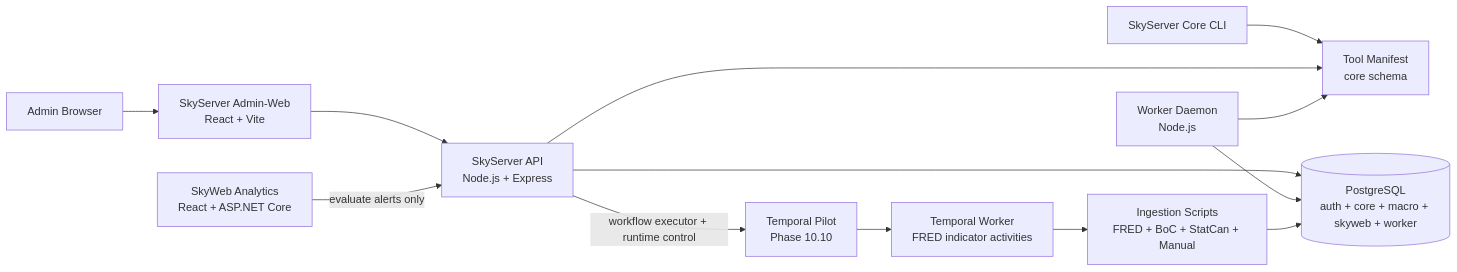
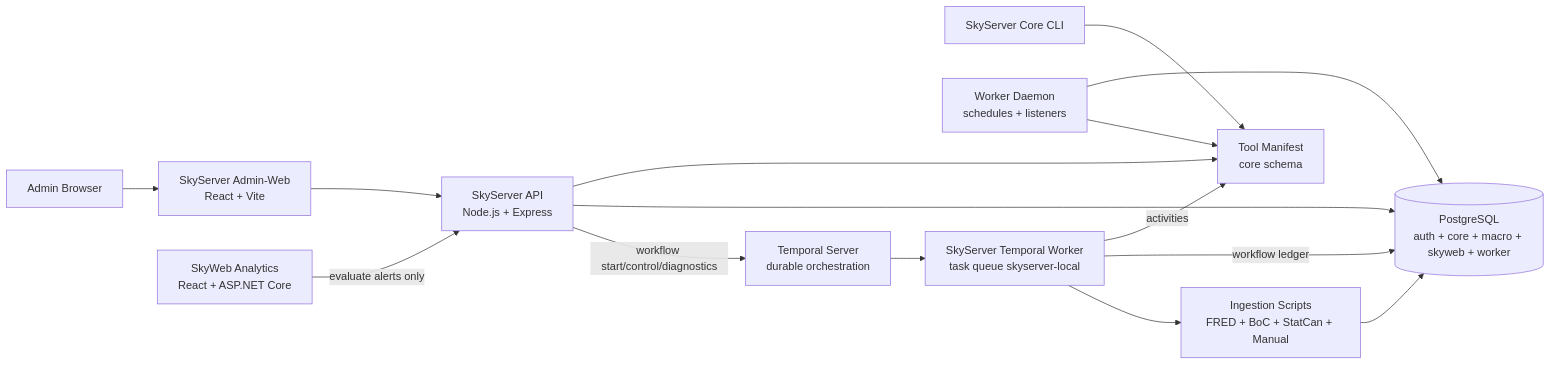
Before and after one commit to PStar1980/SkyCommand: the diagram in README.md, drawn with Mermaid. The commit also changed other lines of this file and 10 other files, not shown here.

Commit message:
SkyServer documentation cleanup

````diff
--- a/README.md
+++ b/README.md
@@ -54,15 +56,17 @@
 ```mermaid
 flowchart LR
     Admin[Admin Browser] --> AdminWeb["SkyServer Admin-Web<br/>React + Vite"]
     AdminWeb --> Api["SkyServer API<br/>Node.js + Express"]
     Core[SkyServer Core CLI] --> Tools["Tool Manifest<br/>core schema"]
     Api --> Tools
     Api --> Db[("PostgreSQL<br/>auth + core + macro + skyweb + worker")]
-    Worker["Worker Daemon<br/>Node.js"] --> Db
+    Worker["Worker Daemon<br/>schedules + listeners"] --> Db
     Worker --> Tools
     Ingestion["Ingestion Scripts<br/>FRED + BoC + StatCan + Manual"] --> Db
     SkyWeb["SkyWeb Analytics<br/>React + ASP.NET Core"] -->|evaluate alerts only| Api
-    Api -->|workflow executor + runtime control| Temporal["Temporal Pilot<br/>Phase 10.10"]
-    Temporal --> TemporalWorker["Temporal Worker<br/>FRED indicator activities"]
+    Api -->|workflow start/control/diagnostics| Temporal["Temporal Server<br/>durable orchestration"]
+    Temporal --> TemporalWorker["SkyServer Temporal Worker<br/>task queue skyserver-local"]
+    TemporalWorker -->|activities| Tools
+    TemporalWorker -->|workflow ledger| Db
     TemporalWorker --> Ingestion
 ```
````
